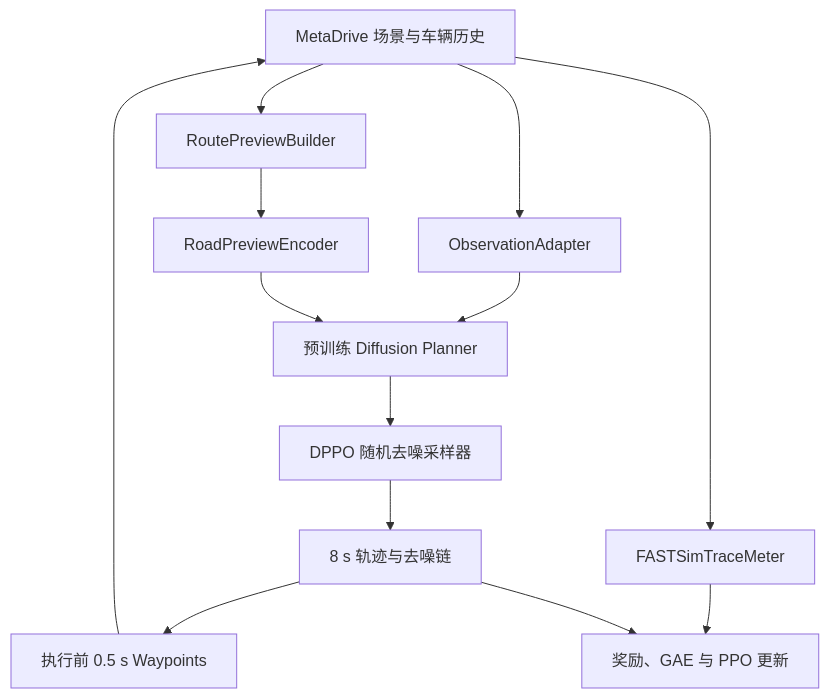
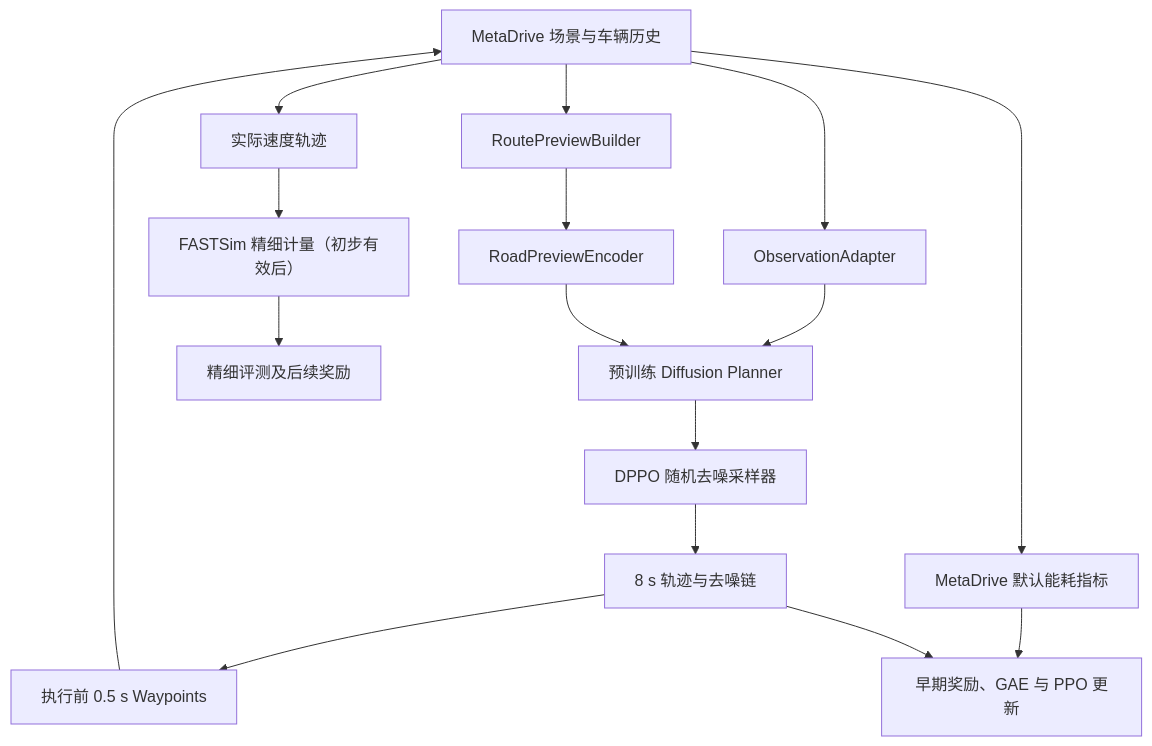
The diagram in docs/DiffusionPlanner_MetaDrive_DPPO_总体方案.md (xcz0/Eco-AutoDrive), drawn with Mermaid before and after one commit. The commit also changed other lines of this file, not shown here.

Commit message:
修改 FASTSim 模型接入时机，先使用默认能耗计算

````diff
--- a/docs/DiffusionPlanner_MetaDrive_DPPO_总体方案.md
+++ b/docs/DiffusionPlanner_MetaDrive_DPPO_总体方案.md
@@ -41,15 +43,18 @@
 ```mermaid
 flowchart TD
     A["MetaDrive 场景与车辆历史"] --> B["ObservationAdapter"]
     A --> C["RoutePreviewBuilder"]
     B --> D["预训练 Diffusion Planner"]
     C --> E["RoadPreviewEncoder"]
     E --> D
     D --> F["DPPO 随机去噪采样器"]
     F --> G["8 s 轨迹与去噪链"]
     G --> H["执行前 0.5 s Waypoints"]
     H --> A
-    A --> I["FASTSimTraceMeter"]
-    I --> J["奖励、GAE 与 PPO 更新"]
+    A --> I["MetaDrive 默认能耗指标"]
+    I --> J["早期奖励、GAE 与 PPO 更新"]
     G --> J
+    A --> K["实际速度轨迹"]
+    K --> L["FASTSim 精细计量（初步有效后）"]
+    L --> M["精细评测及后续奖励"]
 ```
````
